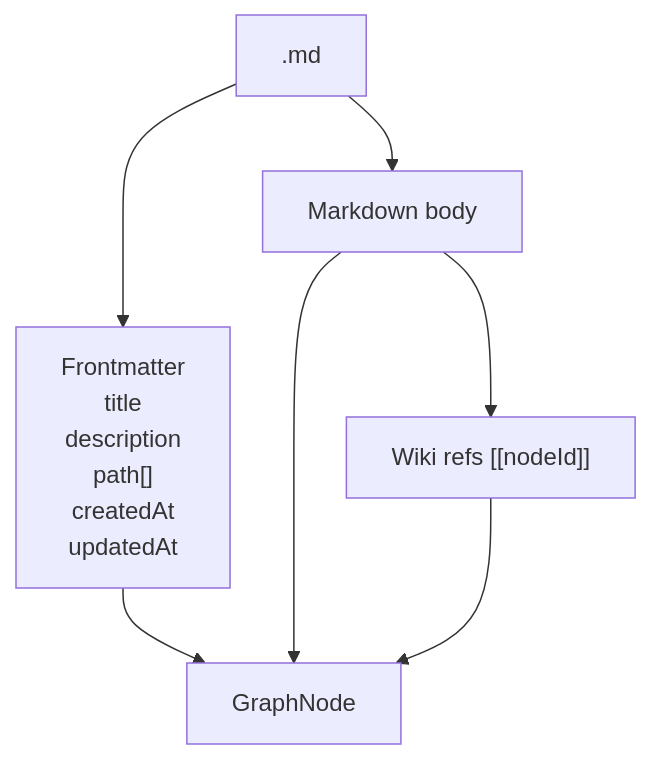
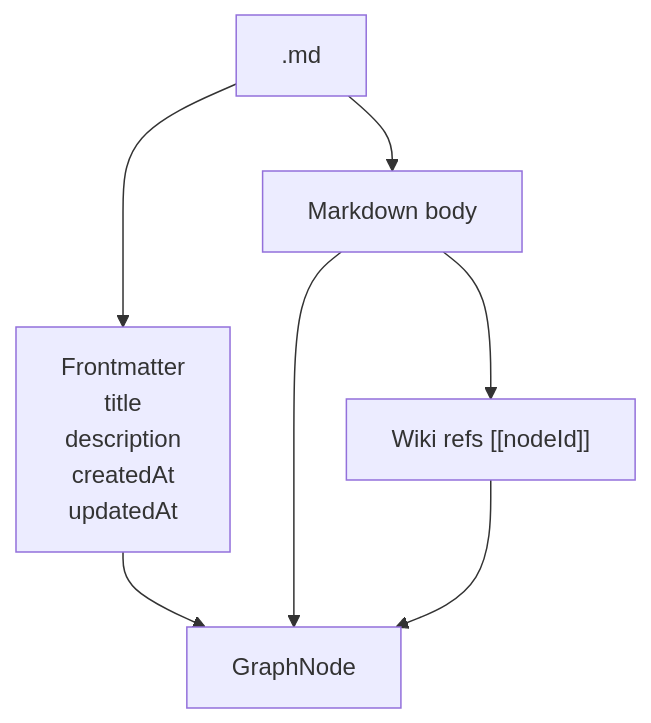
The first of 3 diagrams in doc/concepts/graph-memory.md (ex3ndr/daycare), drawn with Mermaid before and after one commit. The commit also changed other lines of this file and 13 other files, not shown here.

````diff
--- a/doc/concepts/graph-memory.md
+++ b/doc/concepts/graph-memory.md
@@ -8,9 +9,9 @@
 ```mermaid
 flowchart TD
-    File["<nodeId>.md"] --> FM["Frontmatter\ntitle\ndescription\npath[]\ncreatedAt\nupdatedAt"]
+    File["<nodeId>.md"] --> FM["Frontmatter\ntitle\ndescription\ncreatedAt\nupdatedAt"]
     File --> Body["Markdown body"]
     Body --> Refs["Wiki refs [[nodeId]]"]
     FM --> Node[GraphNode]
     Body --> Node
     Refs --> Node
 ```
````
